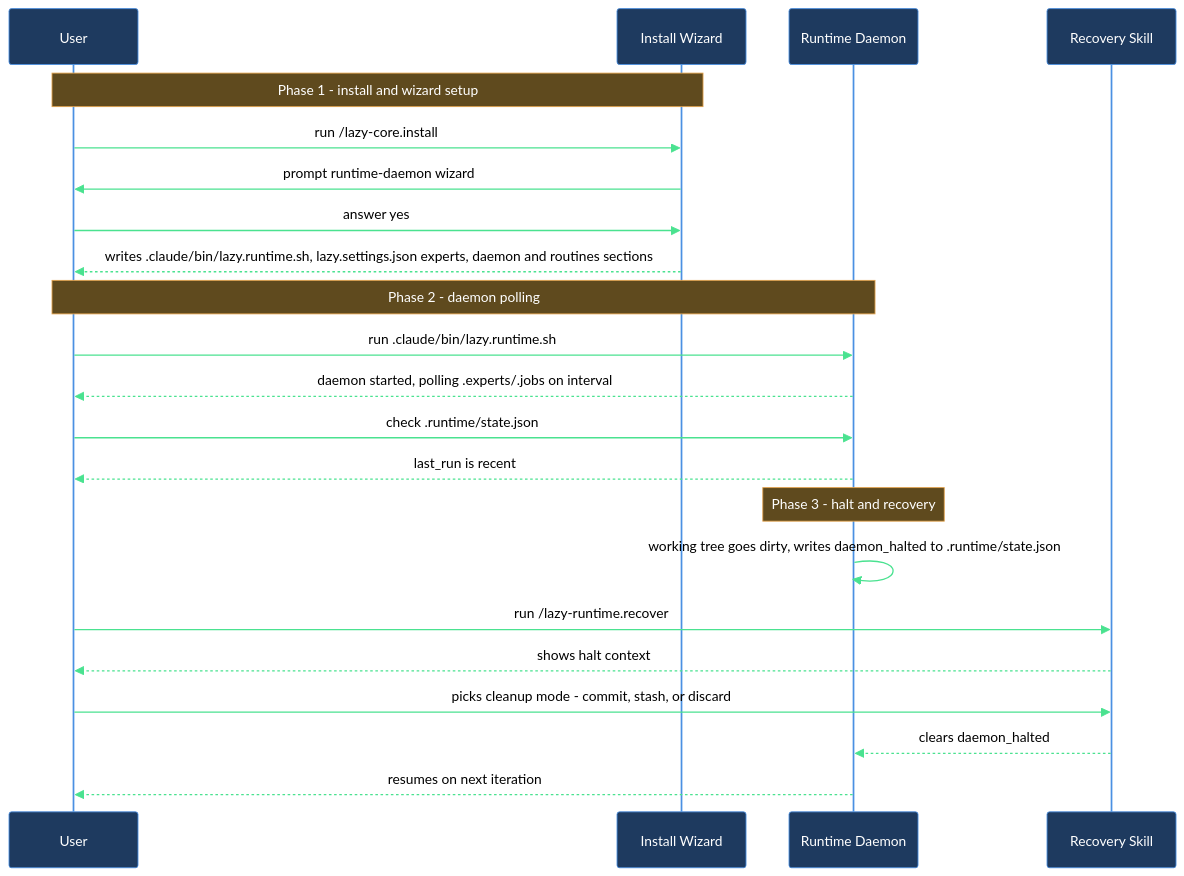
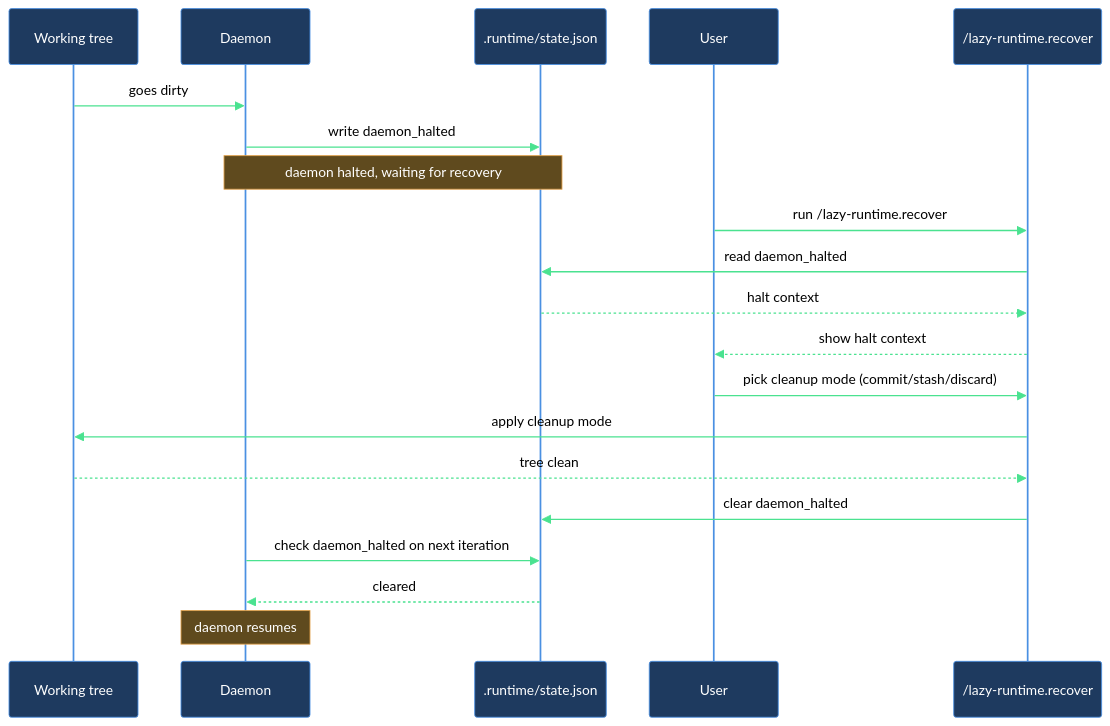
Before and after one commit to mebius-san/lazy-cortex: the third of 3 diagrams in plugins/claude/lazycortex-core/help/walkthroughs/setup-runtime.md, drawn with Mermaid. The commit also changed other lines of this file and 204 other files, not shown here.

Commit message:
release core 10.4.0, experts 1.9.3, observe 2.2.3, obsidian 6.1.0, python 4.8.0, review 6.10.1, specs 9.10.0, wiki 3.3.4 — Windows support, /lazy-core.daemon-setup, content-design assets

````diff
--- a/plugins/claude/lazycortex-core/help/walkthroughs/setup-runtime.md
+++ b/plugins/claude/lazycortex-core/help/walkthroughs/setup-runtime.md
@@ -123,28 +205,24 @@
 ```mermaid
 %%{init: {'themeVariables':{'background':'transparent','primaryColor':'#1e3a5f','primaryBorderColor':'#4a90e2','primaryTextColor':'#fff','lineColor':'#4ae290','actorBkg':'#1e3a5f','actorBorder':'#4a90e2','actorTextColor':'#fff','actorLineColor':'#4a90e2','signalColor':'#4ae290','signalTextColor':'#000','noteBkgColor':'#5f4a1e','noteBorderColor':'#e2a14a','noteTextColor':'#fff','labelBoxBkgColor':'#5f4a1e','labelBoxBorderColor':'#e2a14a','labelTextColor':'#fff','loopTextColor':'#e2a14a'},'sequence':{'diagramPadding':5,'useMaxWidth':true}}}%%
 sequenceDiagram
+  participant workingTree as Working tree
+  participant daemon as Daemon
+  participant stateFile as .runtime/state.json
   participant user as User
-  participant wizard as Install Wizard
-  participant daemon as Runtime Daemon
-  participant recover as Recovery Skill
+  participant recoverSkill as /lazy-runtime.recover
 
-  Note over user,wizard: Phase 1 - install and wizard setup
-  user->>wizard: run /lazy-core.install
-  wizard->>user: prompt runtime-daemon wizard
-  user->>wizard: answer yes
-  wizard-->>user: writes .claude/bin/lazy.runtime.sh, lazy.settings.json experts, daemon and routines sections
-
-  Note over user,daemon: Phase 2 - daemon polling
-  user->>daemon: run .claude/bin/lazy.runtime.sh
-  daemon-->>user: daemon started, polling .experts/.jobs on interval
-  user->>daemon: check .runtime/state.json
-  daemon-->>user: last_run is recent
-
-  Note over daemon: Phase 3 - halt and recovery
-  daemon->>daemon: working tree goes dirty, writes daemon_halted to .runtime/state.json
-  user->>recover: run /lazy-runtime.recover
-  recover-->>user: shows halt context
-  user->>recover: picks cleanup mode - commit, stash, or discard
-  recover-->>daemon: clears daemon_halted
-  daemon-->>user: resumes on next iteration
+  workingTree->>daemon: goes dirty
+  daemon->>stateFile: write daemon_halted
+  Note over daemon,stateFile: daemon halted, waiting for recovery
+  user->>recoverSkill: run /lazy-runtime.recover
+  recoverSkill->>stateFile: read daemon_halted
+  stateFile-->>recoverSkill: halt context
+  recoverSkill-->>user: show halt context
+  user->>recoverSkill: pick cleanup mode (commit/stash/discard)
+  recoverSkill->>workingTree: apply cleanup mode
+  workingTree-->>recoverSkill: tree clean
+  recoverSkill->>stateFile: clear daemon_halted
+  daemon->>stateFile: check daemon_halted on next iteration
+  stateFile-->>daemon: cleared
+  Note over daemon: daemon resumes
 ```
````
